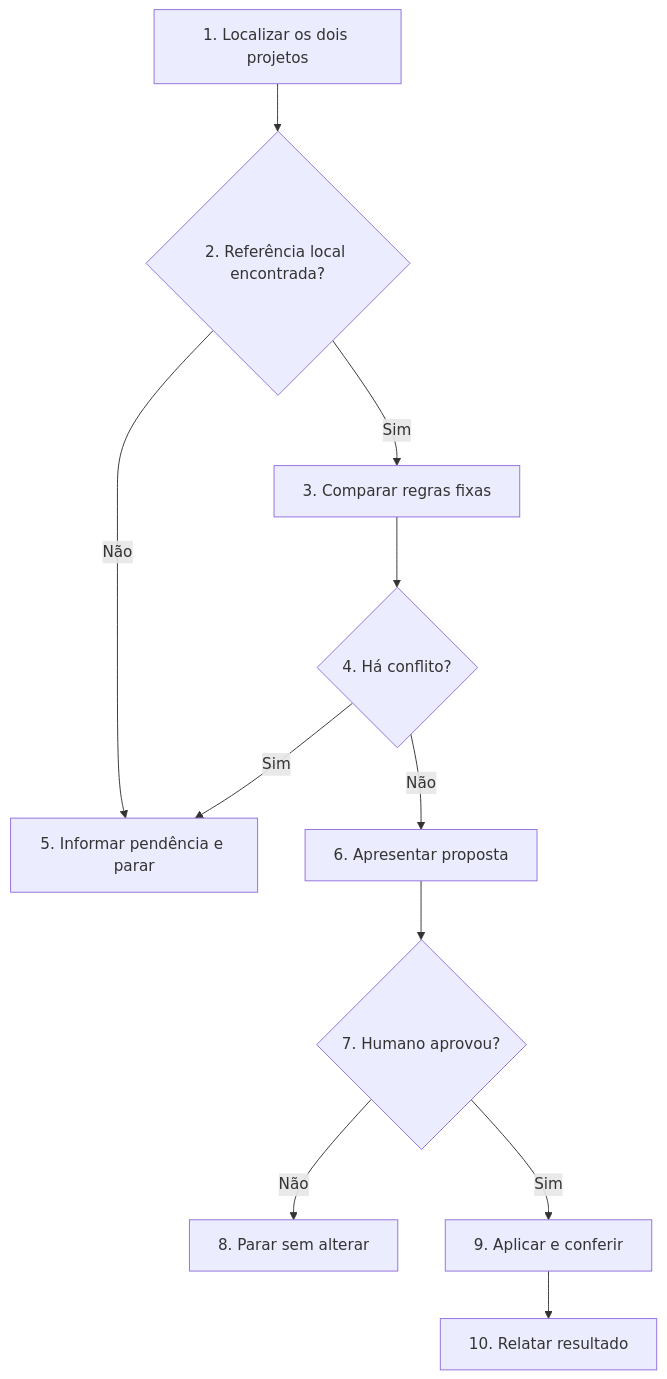
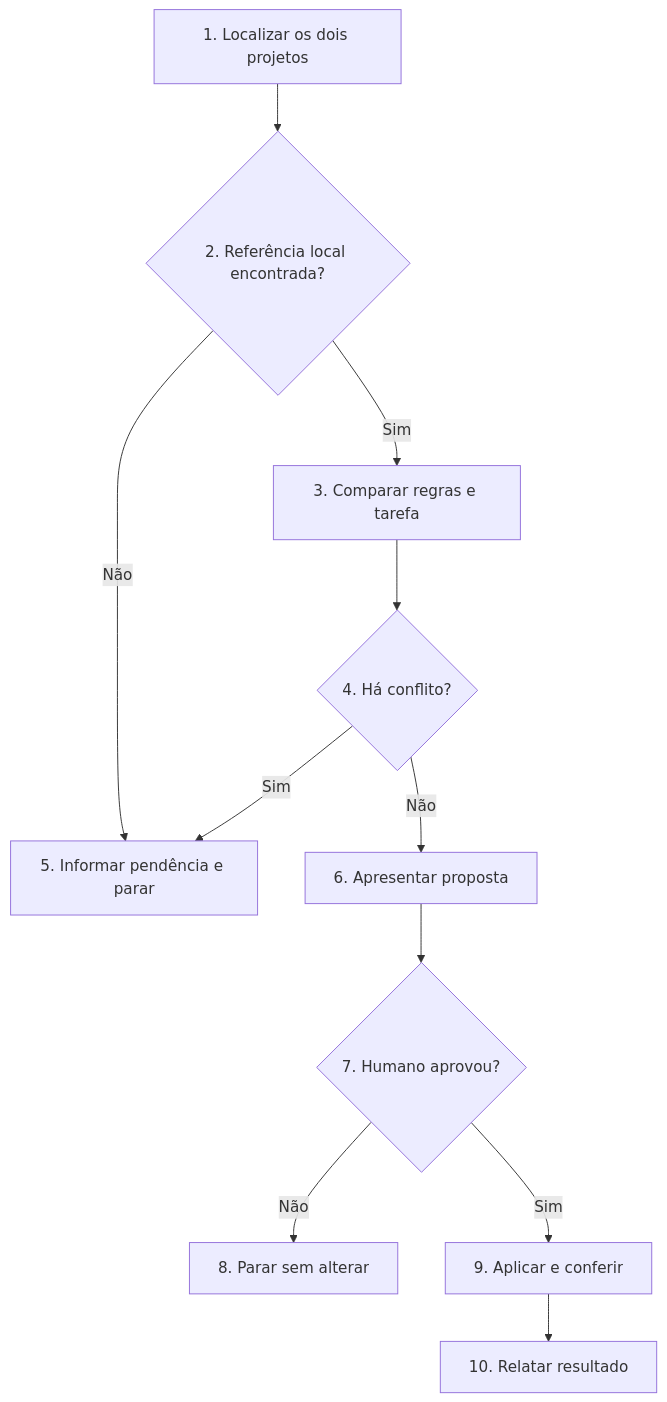
One commit to wjohnnyhonorato/sdd-fast changed the diagram in .agents/skills/sddupdate/SKILL.md. Above: the diagram before and after it, drawn with Mermaid. The commit also changed other lines of this file and 1 other file, not shown here.

````diff
--- a/.agents/skills/sddupdate/SKILL.md
+++ b/.agents/skills/sddupdate/SKILL.md
@@ -23,13 +23,13 @@
 ```mermaid
 flowchart TD
     A["1. Localizar os dois projetos"] --> B{"2. Referência local encontrada?"}
     B -- "Não" --> E["5. Informar pendência e parar"]
-    B -- "Sim" --> C["3. Comparar regras fixas"]
+    B -- "Sim" --> C["3. Comparar regras e tarefa"]
     C --> D{"4. Há conflito?"}
     D -- "Sim" --> E
     D -- "Não" --> F["6. Apresentar proposta"]
     F --> G{"7. Humano aprovou?"}
     G -- "Não" --> H["8. Parar sem alterar"]
     G -- "Sim" --> I["9. Aplicar e conferir"]
     I --> J["10. Relatar resultado"]
 ```
````
